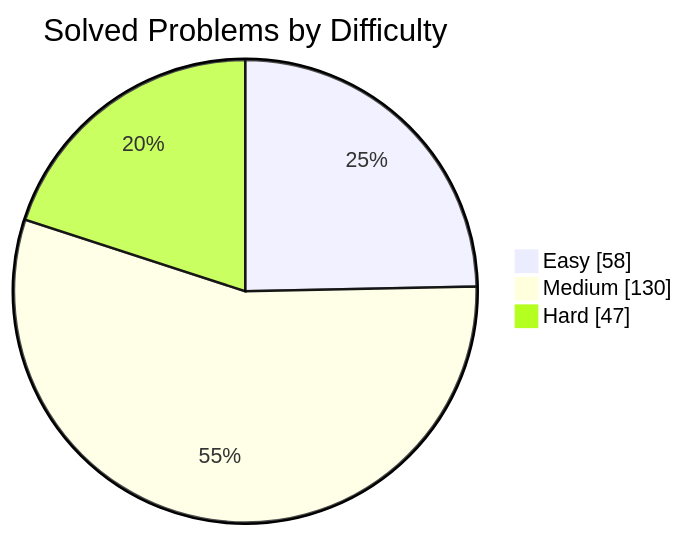
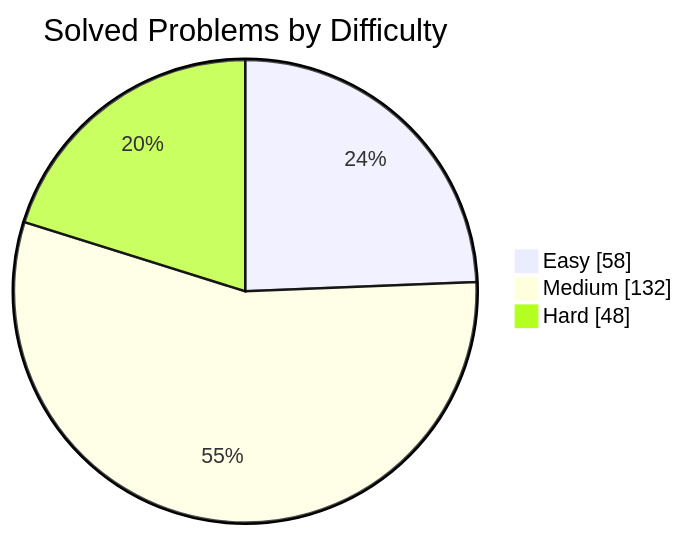
The first of 2 diagrams in README.md (manikantbindass/DSA-Preparation-FAANG), drawn with Mermaid before and after one commit. The commit also changed other lines of this file and 1 other file, not shown here.

````diff
--- a/README.md
+++ b/README.md
@@ -40,7 +40,7 @@
 ```mermaid
 pie showData
     title Solved Problems by Difficulty
     "Easy" : 58
-    "Medium" : 130
-    "Hard" : 47
+    "Medium" : 132
+    "Hard" : 48
 ```
````
